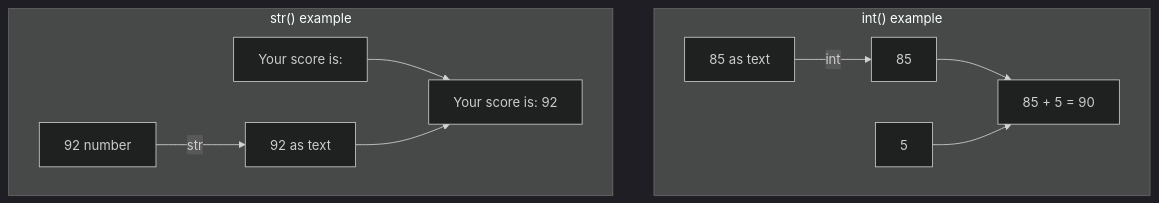
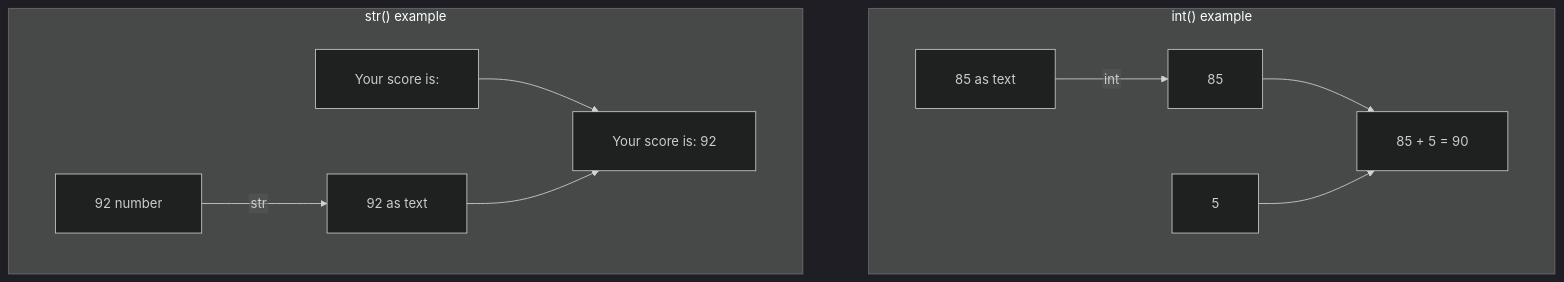
One commit to ABVenu/salcurriculum changed the eighth of 8 diagrams in SAL-2026/Python Basics - English/S01/NotesPresentation.md. Above: the diagram before and after it, drawn with Mermaid (dark theme). The commit also changed other lines of this file and 820 other files, not shown here.

````diff
--- a/SAL-2026/Python Basics - English/S01/NotesPresentation.md
+++ b/SAL-2026/Python Basics - English/S01/NotesPresentation.md
@@ -462,15 +757,16 @@
 ```mermaid
+%%{init: {"flowchart": {"htmlLabels": false, "curve": "basis", "padding": 24, "nodeSpacing": 80, "rankSpacing": 90, "diagramPadding": 48}}}%%
 flowchart TB
-    subgraph int["int() example"]
+    subgraph int["  int() example  "]
         direction LR
-        A["85 as text"] -->|int| B[85]
-        B --> C[85 + 5 = 90]
-        D[5] --> C
+        A["  85 as text  "] -->|int| B["  85  "]
+        B --> C["  85 + 5 = 90  "]
+        D["  5  "] --> C
     end
-    subgraph str["str() example"]
+    subgraph str["  str() example  "]
         direction LR
-        E[92 number] -->|str| F["92 as text"]
-        G["Your score is: "] --> H["Your score is: 92"]
+        E["  92 number  "] -->|str| F["  92 as text  "]
+        G["  Your score is:  "] --> H["  Your score is: 92  "]
         F --> H
     end
 ```
````
